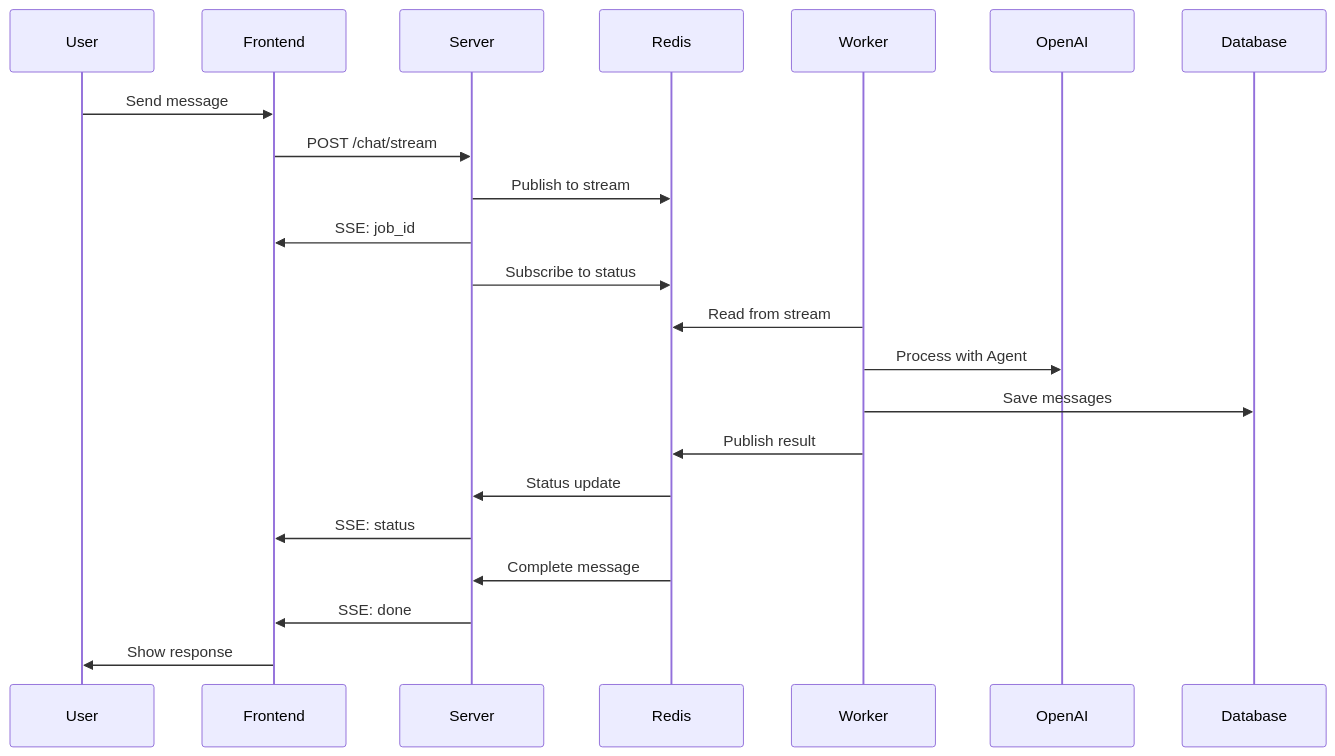
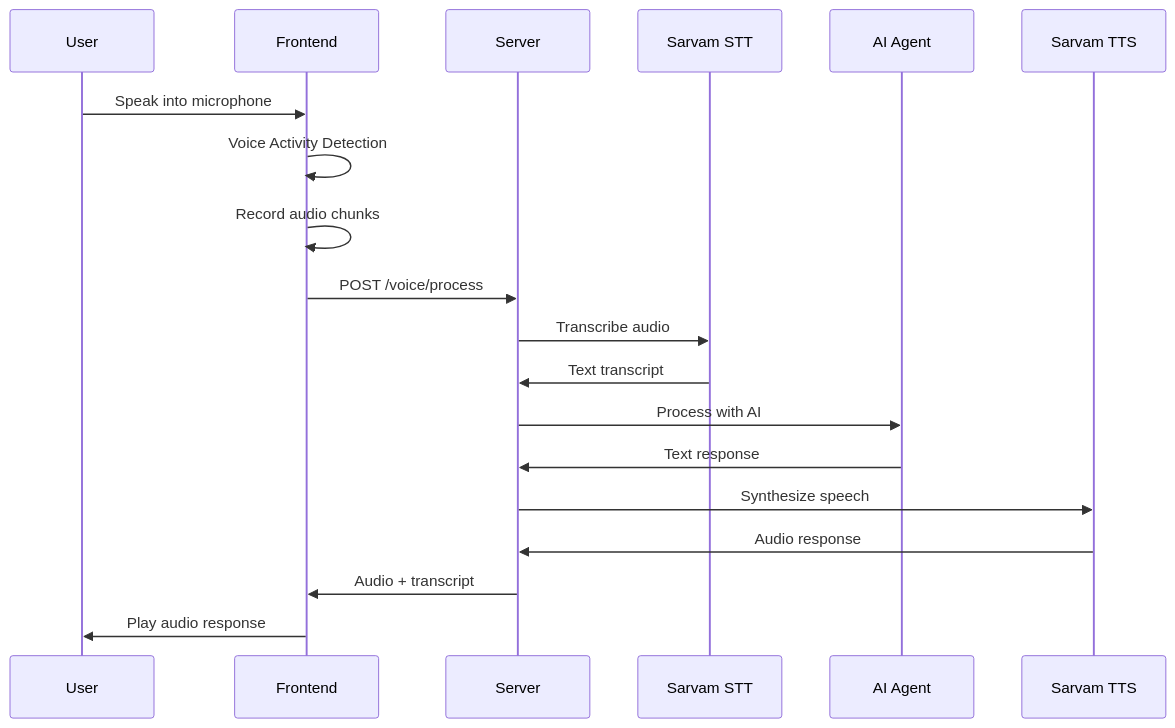
The third of 8 diagrams in docss/arch.docs.md (himanshuraimau/Kuma), drawn with Mermaid before and after one commit. The commit also changed other lines of this file and 9 other files, not shown here.

````diff
--- a/docss/arch.docs.md
+++ b/docss/arch.docs.md
@@ -333,27 +114,22 @@
 ```mermaid
 sequenceDiagram
-    participant U as User
-    participant F as Frontend
-    participant S as Server
-    participant R as Redis
-    participant W as Worker
-    participant AI as OpenAI
-    participant DB as Database
+    participant User
+    participant Frontend
+    participant Server
+    participant SarvamSTT as Sarvam STT
+    participant Agent as AI Agent
+    participant SarvamTTS as Sarvam TTS
 
-    U->>F: Send message
-    F->>S: POST /chat/stream
-    S->>R: Publish to stream
-    S->>F: SSE: job_id
-    S->>R: Subscribe to status
-    
-    W->>R: Read from stream
-    W->>AI: Process with Agent
-    W->>DB: Save messages
-    W->>R: Publish result
-    
-    R->>S: Status update
-    S->>F: SSE: status
-    R->>S: Complete message
-    S->>F: SSE: done
-    F->>U: Show response
+    User->>Frontend: Speak into microphone
+    Frontend->>Frontend: Voice Activity Detection
+    Frontend->>Frontend: Record audio chunks
+    Frontend->>Server: POST /voice/process
+    Server->>SarvamSTT: Transcribe audio
+    SarvamSTT->>Server: Text transcript
+    Server->>Agent: Process with AI
+    Agent->>Server: Text response
+    Server->>SarvamTTS: Synthesize speech
+    SarvamTTS->>Server: Audio response
+    Server->>Frontend: Audio + transcript
+    Frontend->>User: Play audio response
 ```
````
